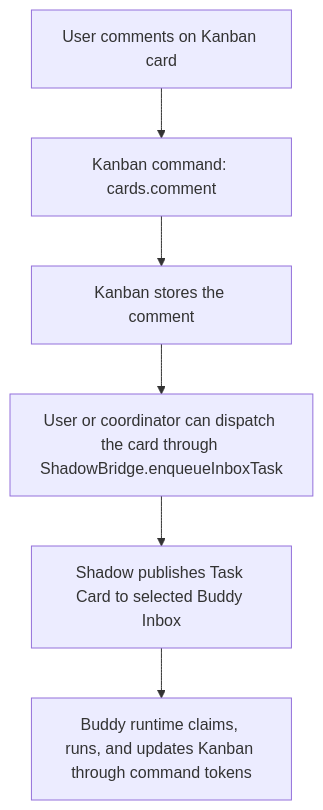
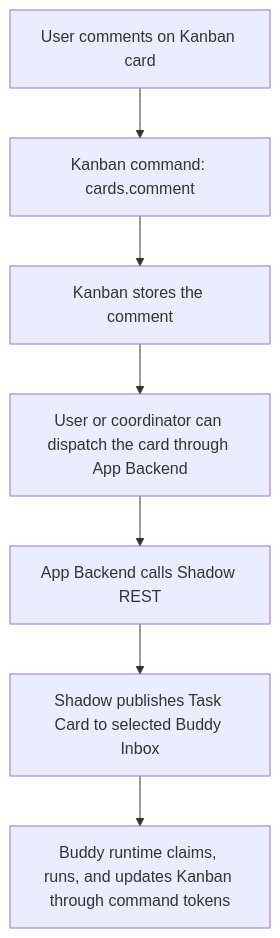
Before and after one commit to buggyblues/shadow: the second of 4 diagrams in docs/development/multica-shadow-server-app-research.zh-CN.md, drawn with Mermaid. The commit also changed other lines of this file and 31 other files, not shown here.

Commit message:
feat(integrations): move app commands behind backend contract

````diff
--- a/docs/development/multica-shadow-server-app-research.zh-CN.md
+++ b/docs/development/multica-shadow-server-app-research.zh-CN.md
@@ -254,8 +255,9 @@
 ```mermaid
 flowchart TD
   A["User comments on Kanban card"] --> B["Kanban command: cards.comment"]
   B --> C["Kanban stores the comment"]
-  C --> D["User or coordinator can dispatch the card through ShadowBridge.enqueueInboxTask"]
-  D --> E["Shadow publishes Task Card to selected Buddy Inbox"]
-  E --> F["Buddy runtime claims, runs, and updates Kanban through command tokens"]
+  C --> D["User or coordinator can dispatch the card through App Backend"]
+  D --> E["App Backend calls Shadow REST"]
+  E --> F["Shadow publishes Task Card to selected Buddy Inbox"]
+  F --> G["Buddy runtime claims, runs, and updates Kanban through command tokens"]
 ```
````
